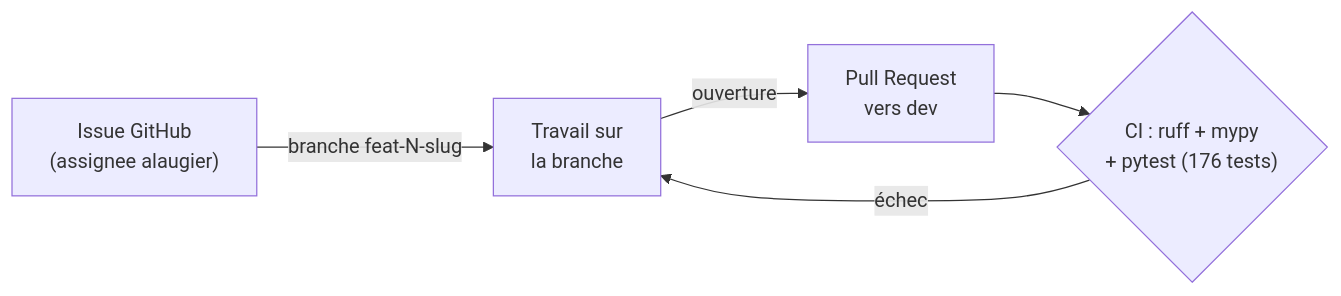
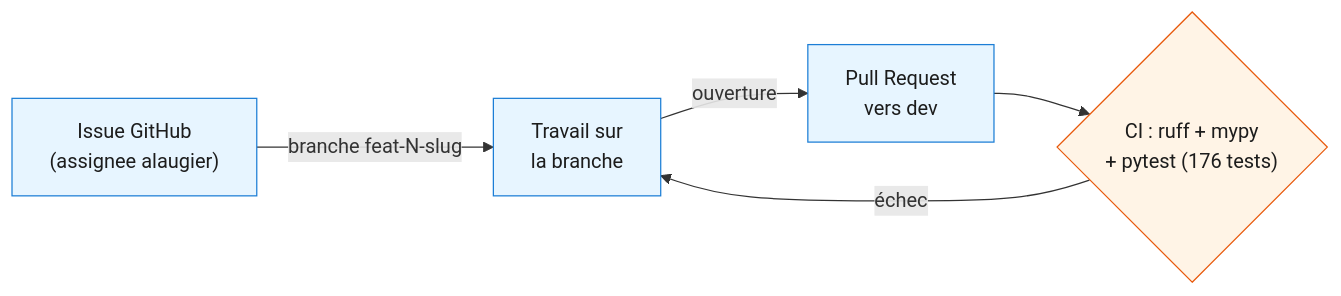
Before and after one commit to alaugier/datacore: the first of 2 diagrams in docs/architecture/supervision_projet.md, drawn with Mermaid. The commit also changed other lines of this file and 13 other files, not shown here.

````diff
--- a/docs/architecture/supervision_projet.md
+++ b/docs/architecture/supervision_projet.md
@@ -341,7 +341,11 @@
 ```mermaid
 flowchart LR
     ISSUE["Issue GitHub<br/>(assignee alaugier)"] -->|"branche feat-N-slug"| BRANCH["Travail sur<br/>la branche"]
     BRANCH -->|"ouverture"| PR1["Pull Request<br/>vers dev"]
     PR1 --> CI{"CI : ruff + mypy<br/>+ pytest (176 tests)"}
     CI -->|"échec"| BRANCH
+    style ISSUE fill:#e7f5ff,stroke:#1c7ed6,color:#1c1c1c
+    style BRANCH fill:#e7f5ff,stroke:#1c7ed6,color:#1c1c1c
+    style PR1 fill:#e7f5ff,stroke:#1c7ed6,color:#1c1c1c
+    style CI fill:#fff4e6,stroke:#e8590c,color:#1c1c1c
 ```
````
